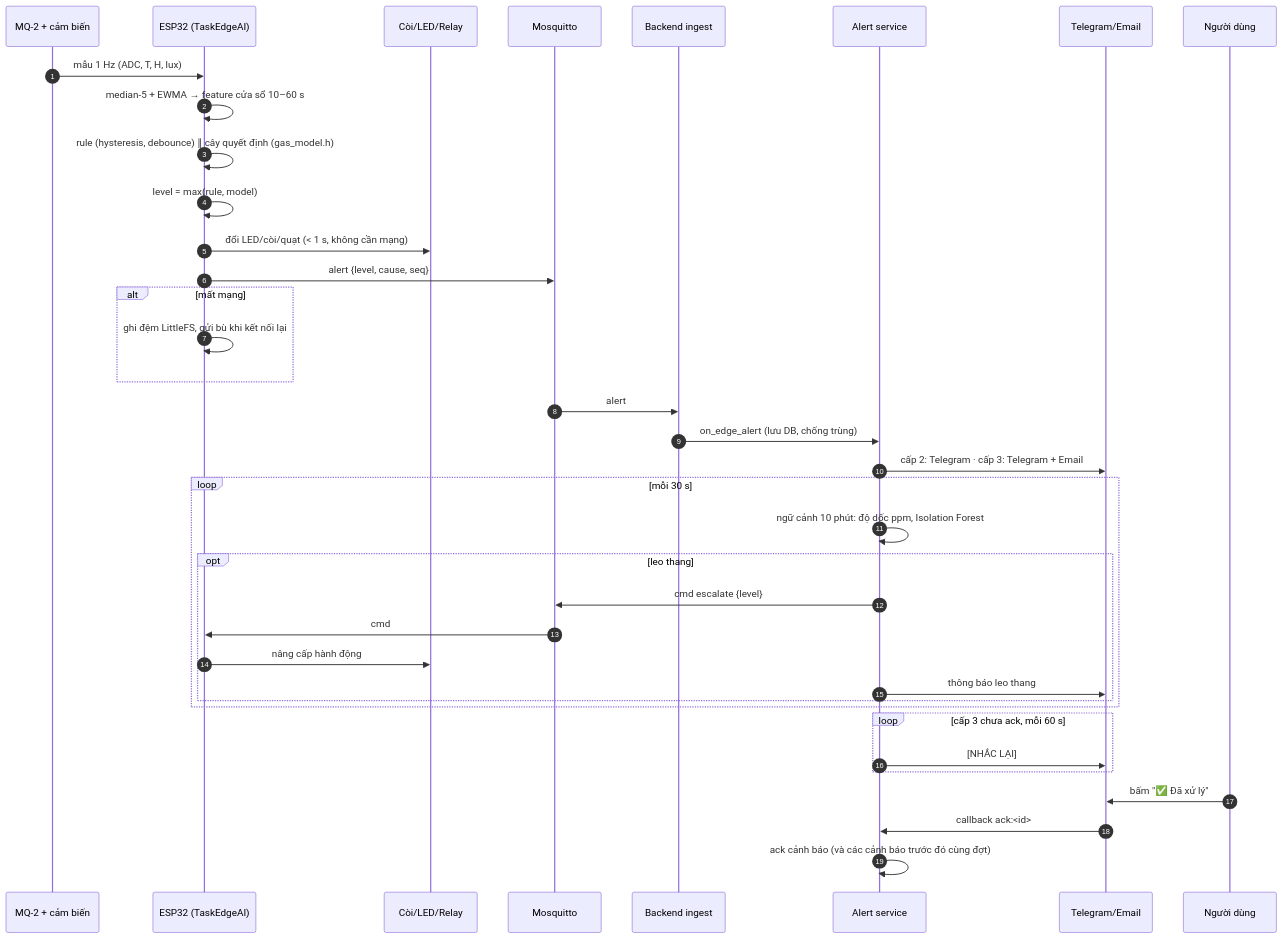
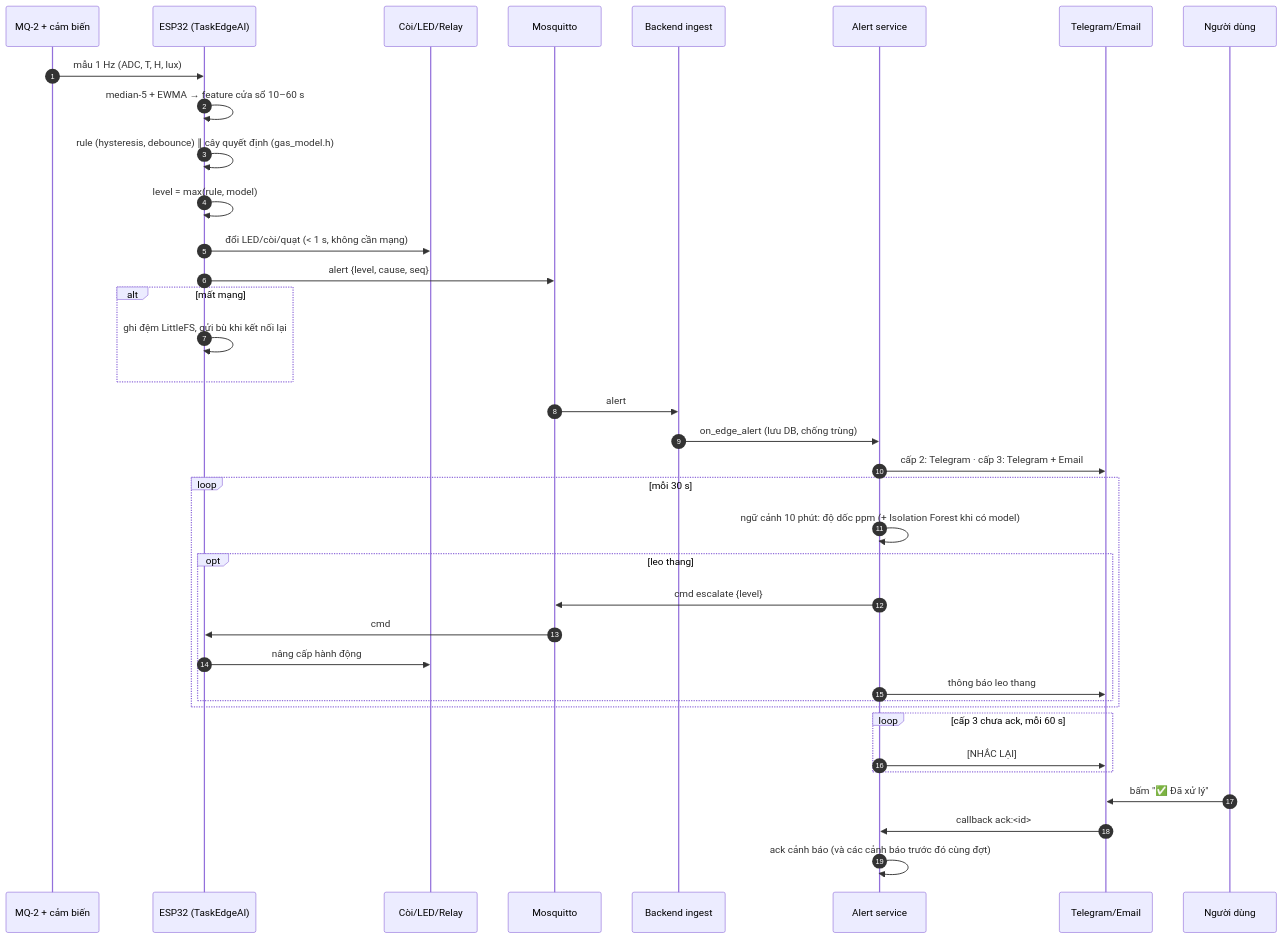
Before and after one commit to danhle396/pythonnhung: the first of 3 diagrams in docs/architecture/sequences.md, drawn with Mermaid. The commit also changed 46 other files, not shown here.

````diff
--- a/docs/architecture/sequences.md
+++ b/docs/architecture/sequences.md
@@ -5,40 +5,40 @@
 ```mermaid
 sequenceDiagram
     autonumber
     participant S as MQ-2 + cảm biến
     participant E as ESP32 (TaskEdgeAI)
     participant A as Còi/LED/Relay
     participant B as Mosquitto
     participant I as Backend ingest
     participant AS as Alert service
     participant T as Telegram/Email
     participant U as Người dùng
 
     S->>E: mẫu 1 Hz (ADC, T, H, lux)
     E->>E: median-5 + EWMA → feature cửa sổ 10–60 s
     E->>E: rule (hysteresis, debounce) ∥ cây quyết định (gas_model.h)
     E->>E: level = max(rule, model)
     E->>A: đổi LED/còi/quạt (< 1 s, không cần mạng)
     E->>B: alert {level, cause, seq}
     alt mất mạng
         E->>E: ghi đệm LittleFS, gửi bù khi kết nối lại
     end
     B->>I: alert
     I->>AS: on_edge_alert (lưu DB, chống trùng)
     AS->>T: cấp 2: Telegram · cấp 3: Telegram + Email
     loop mỗi 30 s
-        AS->>AS: ngữ cảnh 10 phút: độ dốc ppm, Isolation Forest
+        AS->>AS: ngữ cảnh 10 phút: độ dốc ppm (+ Isolation Forest khi có model)
         opt leo thang
             AS->>B: cmd escalate {level}
             B->>E: cmd
             E->>A: nâng cấp hành động
             AS->>T: thông báo leo thang
         end
     end
     loop cấp 3 chưa ack, mỗi 60 s
         AS->>T: [NHẮC LẠI]
     end
     U->>T: bấm "✅ Đã xử lý"
     T->>AS: callback ack:<id>
     AS->>AS: ack cảnh báo (và các cảnh báo trước đó cùng đợt)
 ```
````
